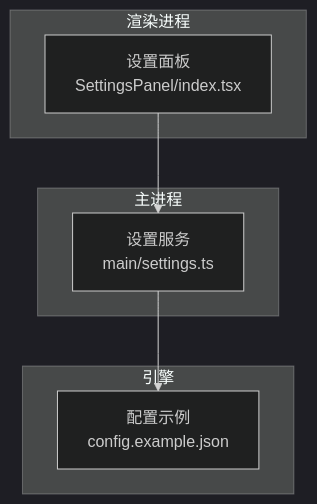
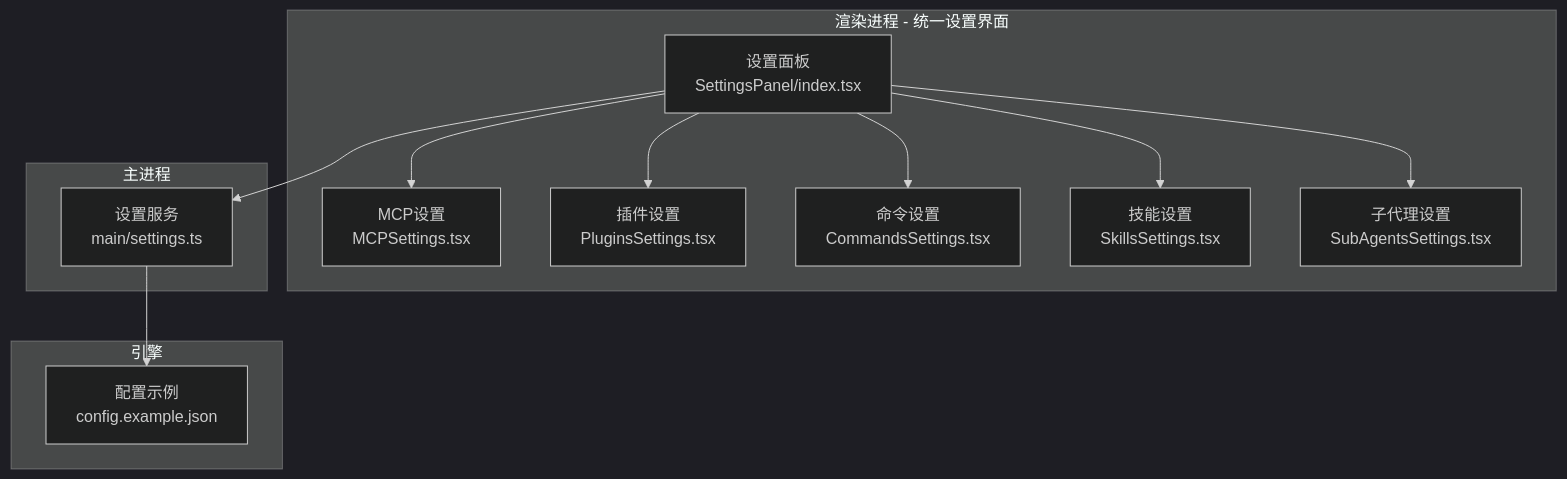
One commit to kkutysllb/KCoder changed the first of 3 diagrams in .qoder/repowiki/zh/content/用户指南/设置与配置/设置与配置.md. Above: the diagram before and after it, drawn with Mermaid (dark theme). The commit also changed other lines of this file and 11 other files, not shown here.

````diff
--- a/.qoder/repowiki/zh/content/用户指南/设置与配置/设置与配置.md
+++ b/.qoder/repowiki/zh/content/用户指南/设置与配置/设置与配置.md
@@ -33,14 +47,24 @@
 ```mermaid
 graph TB
-subgraph "渲染进程"
+subgraph "渲染进程 - 统一设置界面"
 SP["设置面板<br/>SettingsPanel/index.tsx"]
+MCP["MCP设置<br/>MCPSettings.tsx"]
+PLUGINS["插件设置<br/>PluginsSettings.tsx"]
+CMDS["命令设置<br/>CommandsSettings.tsx"]
+SKILLS["技能设置<br/>SkillsSettings.tsx"]
+SUBAGENTS["子代理设置<br/>SubAgentsSettings.tsx"]
 end
 subgraph "主进程"
 MS["设置服务<br/>main/settings.ts"]
 end
 subgraph "引擎"
 CE["配置示例<br/>config.example.json"]
 end
+SP --> MCP
+SP --> PLUGINS
+SP --> CMDS
+SP --> SKILLS
+SP --> SUBAGENTS
 SP --> MS
 MS --> CE
 ```
````
